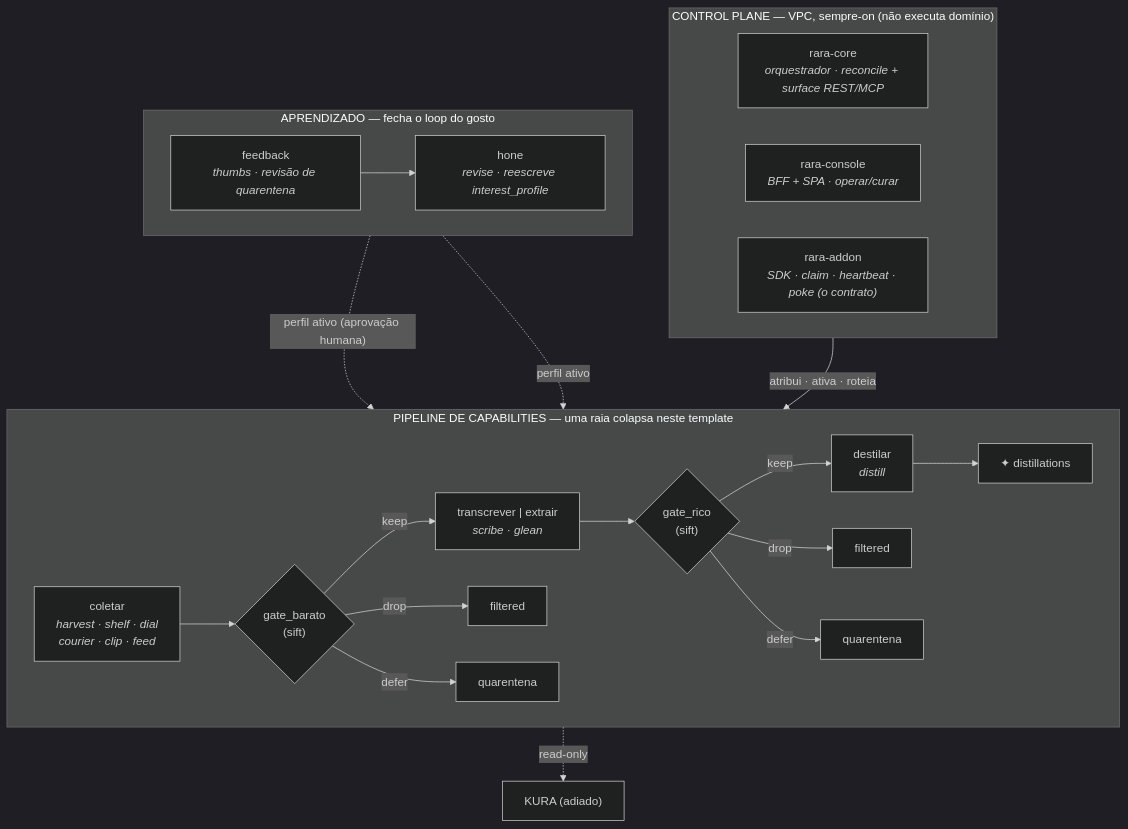
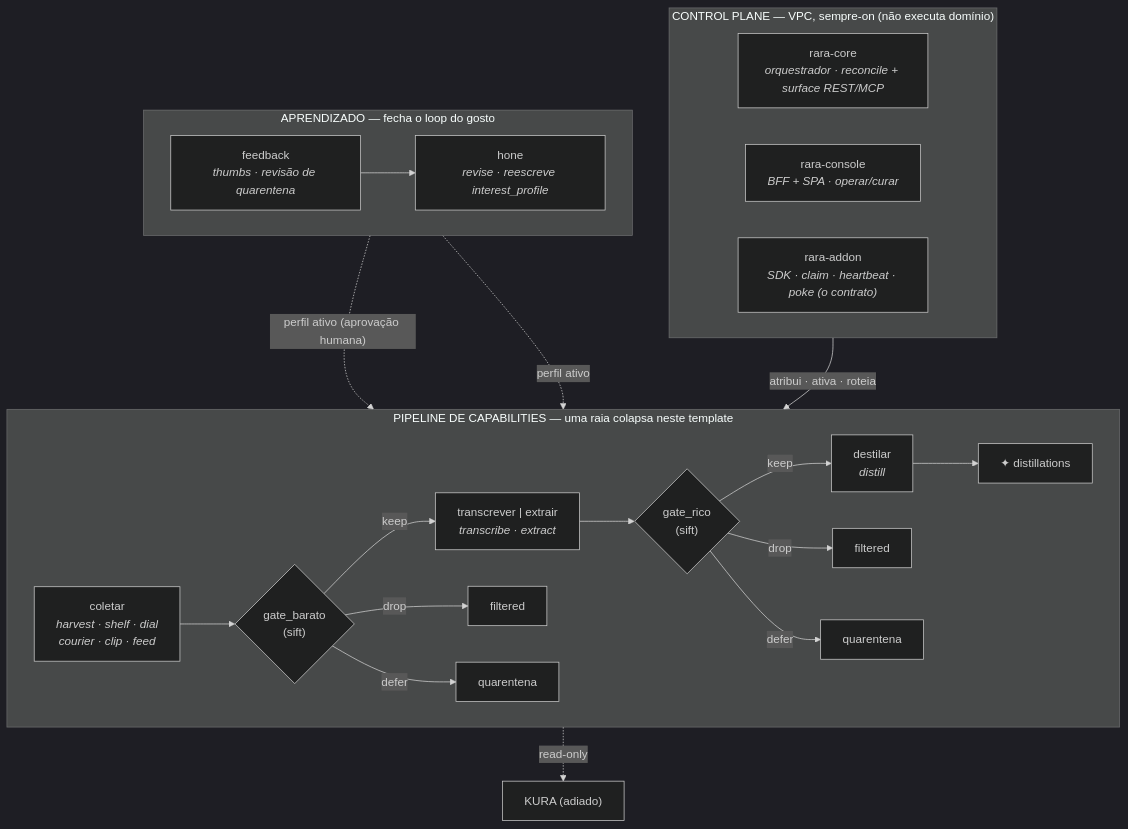
One commit to renatobardi/rara changed the first of 3 diagrams in PIECES.mermaid.md. Above: the diagram before and after it, drawn with Mermaid (dark theme). The commit also changed other lines of this file and 22 other files, not shown here.

````diff
--- a/PIECES.mermaid.md
+++ b/PIECES.mermaid.md
@@ -15,40 +15,40 @@
 ```mermaid
 flowchart TB
   subgraph CP["CONTROL PLANE — VPC, sempre-on (não executa domínio)"]
     direction LR
     CORE["rara-core<br/><i>orquestrador · reconcile + surface REST/MCP</i>"]
     CONS["rara-console<br/><i>BFF + SPA · operar/curar</i>"]
     SDK["rara-addon<br/><i>SDK · claim · heartbeat · poke (o contrato)</i>"]
   end
 
   subgraph PIPE["PIPELINE DE CAPABILITIES — uma raia colapsa neste template"]
     direction LR
     COL["coletar<br/><i>harvest · shelf · dial<br/>courier · clip · feed</i>"]
     G1{"gate_barato<br/>(sift)"}
-    TX["transcrever | extrair<br/><i>scribe · glean</i>"]
+    TX["transcrever | extrair<br/><i>transcribe · extract</i>"]
     G2{"gate_rico<br/>(sift)"}
     DS["destilar<br/><i>distill</i>"]
     OUT["✦ distillations"]
     COL --> G1
     G1 -->|keep| TX
     G1 -->|drop| FIL1["filtered"]
     G1 -->|defer| QQ1["quarentena"]
     TX --> G2
     G2 -->|keep| DS
     G2 -->|drop| FIL2["filtered"]
     G2 -->|defer| QQ2["quarentena"]
     DS --> OUT
   end
 
   subgraph LEARN["APRENDIZADO — fecha o loop do gosto"]
     direction LR
     HONE["hone<br/><i>revise · reescreve interest_profile</i>"]
     FB["feedback<br/><i>thumbs · revisão de quarentena</i>"]
     FB --> HONE
   end
 
   CORE -->|atribui · ativa · roteia| PIPE
   HONE -. perfil ativo (aprovação humana) .-> G1
   HONE -. perfil ativo .-> G2
   OUT -. read-only .-> KURA["KURA (adiado)"]
 ```
````
